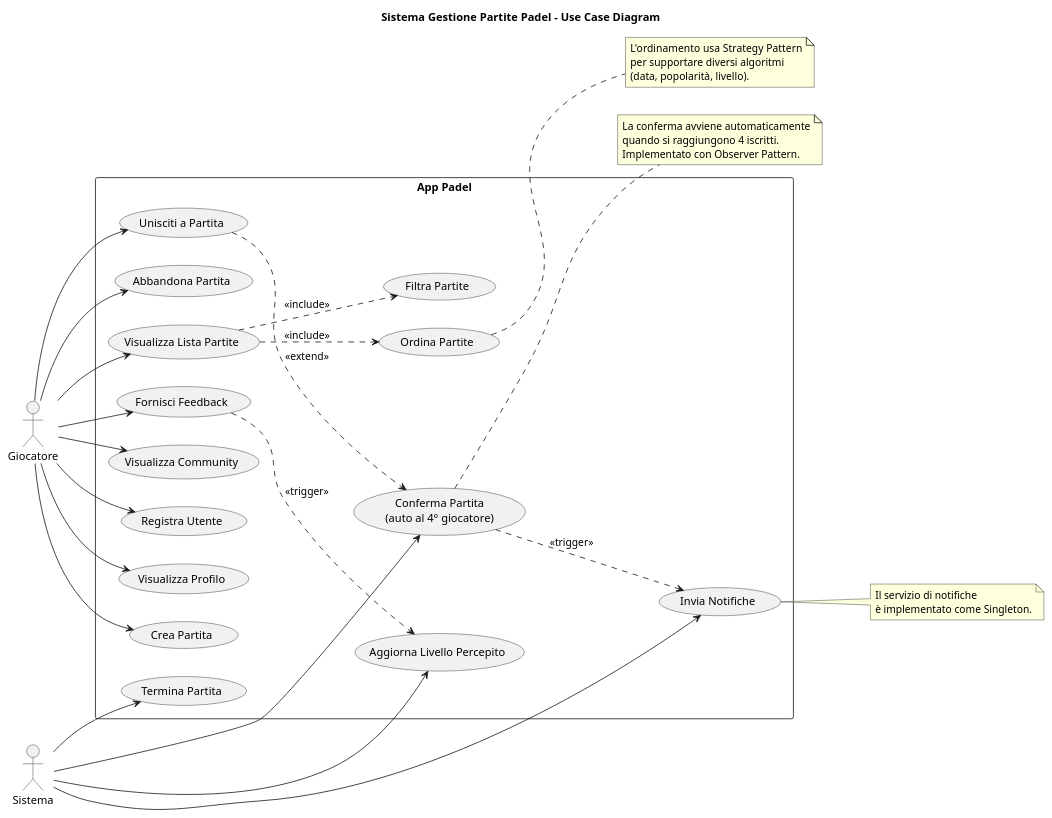
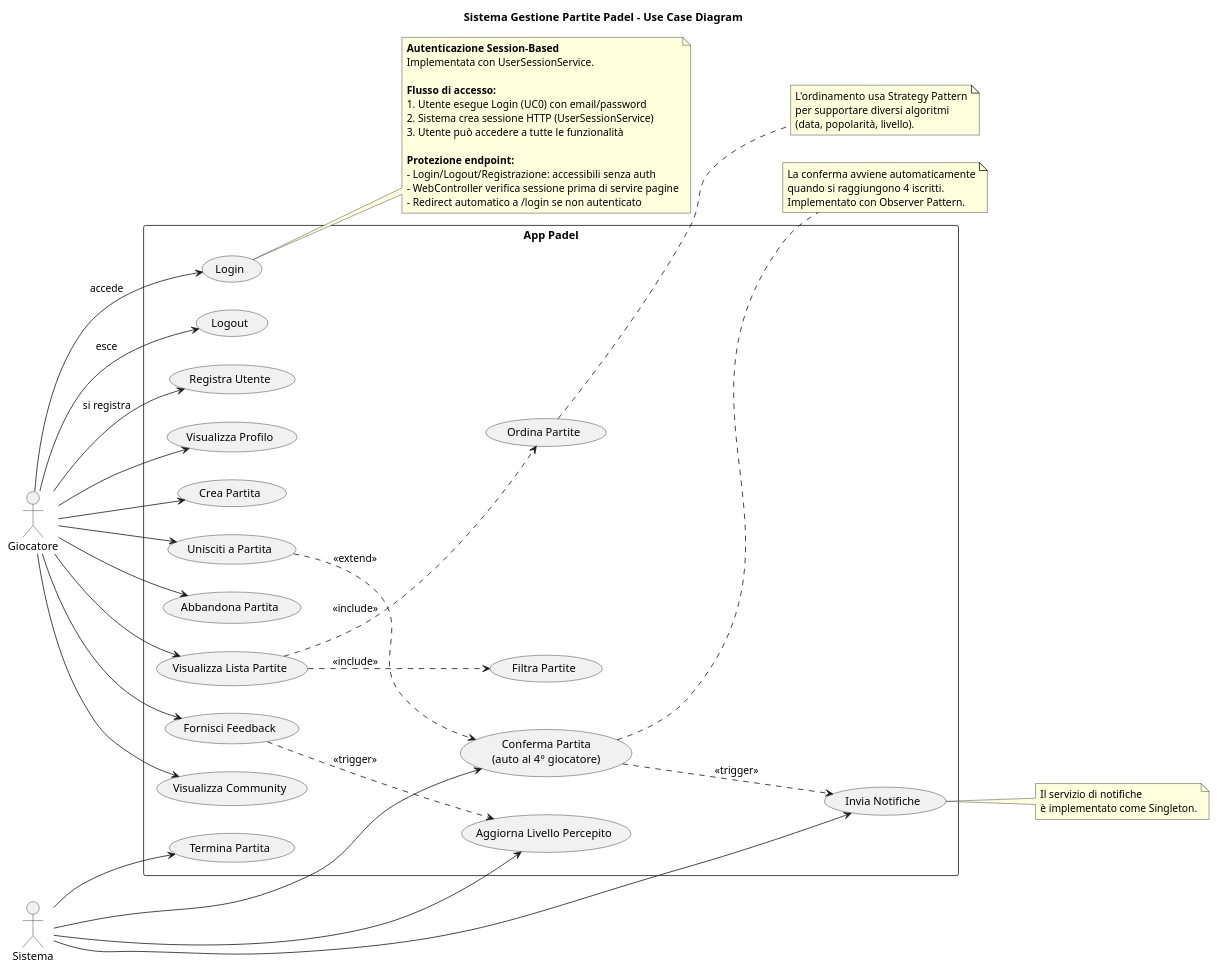
One commit to deessee0/JavaApp changed the diagram in docs/use-case-diagram.puml. Above: the diagram before and after it, drawn with PlantUML. The commit also changed 4 other files, not shown here.

```diff
--- a/docs/use-case-diagram.puml
+++ b/docs/use-case-diagram.puml
@@ -1,71 +1,99 @@
 @startuml Use Case Diagram - App Padel
 
 title Sistema Gestione Partite Padel - Use Case Diagram
 
 left to right direction
 
 actor "Giocatore" as player
 actor "Sistema" as system
 
 rectangle "App Padel" {
   
+  ' ========== AUTENTICAZIONE ==========
+  usecase "Login" as UC0
+  usecase "Logout" as UC15
   usecase "Registra Utente" as UC1
+  
+  ' ========== GESTIONE UTENTE ==========
   usecase "Visualizza Profilo" as UC2
+  
+  ' ========== GESTIONE PARTITE ==========
   usecase "Crea Partita" as UC3
   usecase "Unisciti a Partita" as UC4
   usecase "Abbandona Partita" as UC5
   usecase "Visualizza Lista Partite" as UC6
   usecase "Filtra Partite" as UC7
   usecase "Ordina Partite" as UC8
+  
+  ' ========== FEEDBACK E COMMUNITY ==========
   usecase "Fornisci Feedback" as UC9
   usecase "Visualizza Community" as UC10
   
+  ' ========== OPERAZIONI SISTEMA ==========
   usecase "Conferma Partita\n(auto al 4° giocatore)" as UC11
   usecase "Termina Partita" as UC12
   usecase "Invia Notifiche" as UC13
   usecase "Aggiorna Livello Percepito" as UC14
 }
 
-' Relazioni Giocatore
-player --> UC1
+' ========== RELAZIONI GIOCATORE ==========
+player --> UC0 : accede
+player --> UC15 : esce
+player --> UC1 : si registra
 player --> UC2
 player --> UC3
 player --> UC4
 player --> UC5
 player --> UC6
 player --> UC9
 player --> UC10
 
-' Inclusioni
+' ========== INCLUSIONI E PRECONDIZIONI ==========
 UC6 ..> UC7 : <<include>>
 UC6 ..> UC8 : <<include>>
 UC4 ..> UC11 : <<extend>>
 
-' Relazioni Sistema
+
+' ========== RELAZIONI SISTEMA ==========
 system --> UC11
 system --> UC12
 system --> UC13
 system --> UC14
 
-' Dipendenze
+' ========== DIPENDENZE BUSINESS ==========
 UC9 ..> UC14 : <<trigger>>
 UC11 ..> UC13 : <<trigger>>
+
+note right of UC0
+  **Autenticazione Session-Based**
+  Implementata con UserSessionService.
+  
+  **Flusso di accesso:**
+  1. Utente esegue Login (UC0) con email/password
+  2. Sistema crea sessione HTTP (UserSessionService)
+  3. Utente può accedere a tutte le funzionalità
+  
+  **Protezione endpoint:**
+  - Login/Logout/Registrazione: accessibili senza auth
+  - WebController verifica sessione prima di servire pagine
+  - Redirect automatico a /login se non autenticato
+end note
 
 note right of UC11
   La conferma avviene automaticamente
   quando si raggiungono 4 iscritti.
   Implementato con Observer Pattern.
 end note
 
 note right of UC8
   L'ordinamento usa Strategy Pattern
   per supportare diversi algoritmi
   (data, popolarità, livello).
 end note
 
 note right of UC13
   Il servizio di notifiche
   è implementato come Singleton.
 end note
 
 @enduml
```
